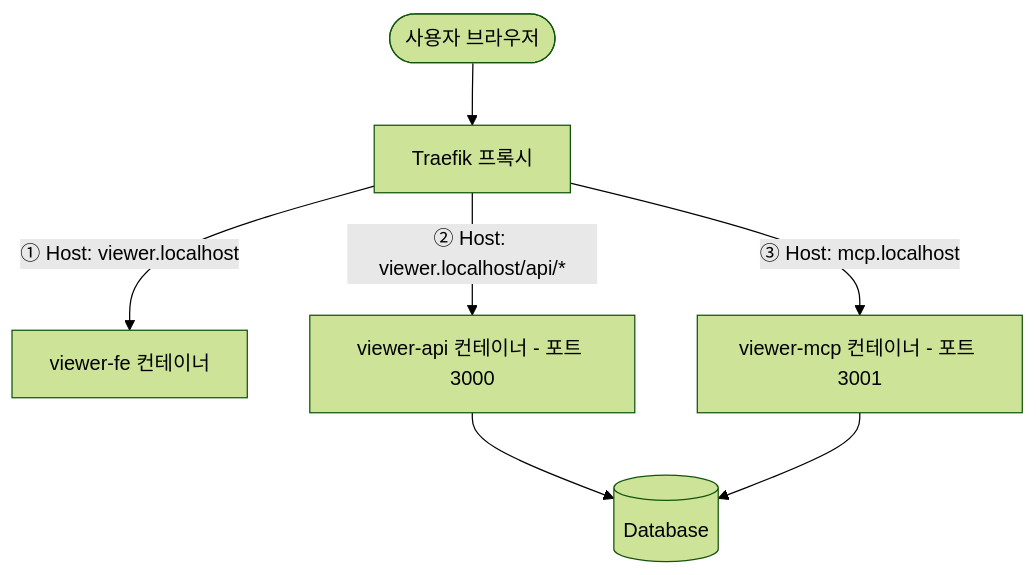
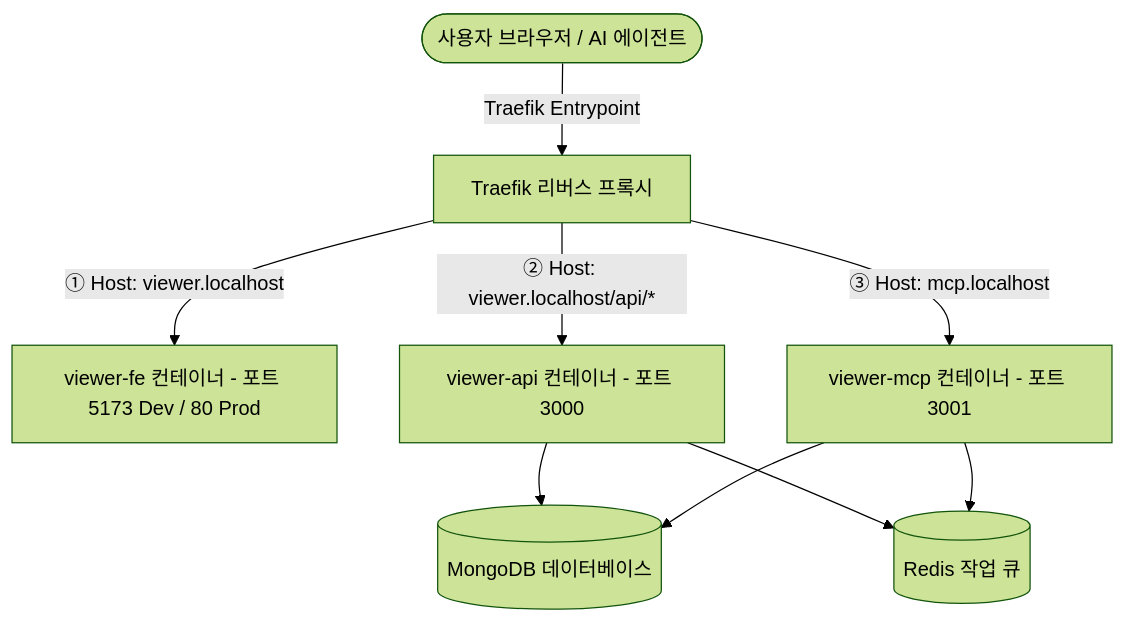
The diagram in docs/plans/fe-be-separation.md (ejpark78/scraper), drawn with Mermaid (forest theme) before and after one commit. The commit also changed other lines of this file, not shown here.

````diff
--- a/docs/plans/fe-be-separation.md
+++ b/docs/plans/fe-be-separation.md
@@ -72,10 +18,16 @@
-        ```mermaid
-        graph TD
-            User([사용자 브라우저]) --> Traefik[Traefik 프록시]
-            Traefik -->|① Host: viewer.localhost| FE[viewer-fe 컨테이너]
-            Traefik -->|② Host: viewer.localhost/api/*| API[viewer-api 컨테이너 - 포트 3000]
-            Traefik -->|③ Host: mcp.localhost| MCP[viewer-mcp 컨테이너 - 포트 3001]
-            
-            API --> DB[(Database)]
-            MCP --> DB
-        ```
+```mermaid
+graph TD
+    User([사용자 브라우저 / AI 에이전트]) -->|Traefik Entrypoint| Traefik[Traefik 리버스 프록시]
+    
+    %% 라우팅 상세 규칙
+    Traefik -->|① Host: viewer.localhost| FE[viewer-fe 컨테이너 - 포트 5173 Dev / 80 Prod]
+    Traefik -->|② Host: viewer.localhost/api/*| API[viewer-api 컨테이너 - 포트 3000]
+    Traefik -->|③ Host: mcp.localhost| MCP[viewer-mcp 컨테이너 - 포트 3001]
+    
+    %% 백엔드 의존성
+    API --> MongoDB[(MongoDB 데이터베이스)]
+    API --> Redis[(Redis 작업 큐)]
+    
+    MCP --> MongoDB
+    MCP --> Redis
+```
````
